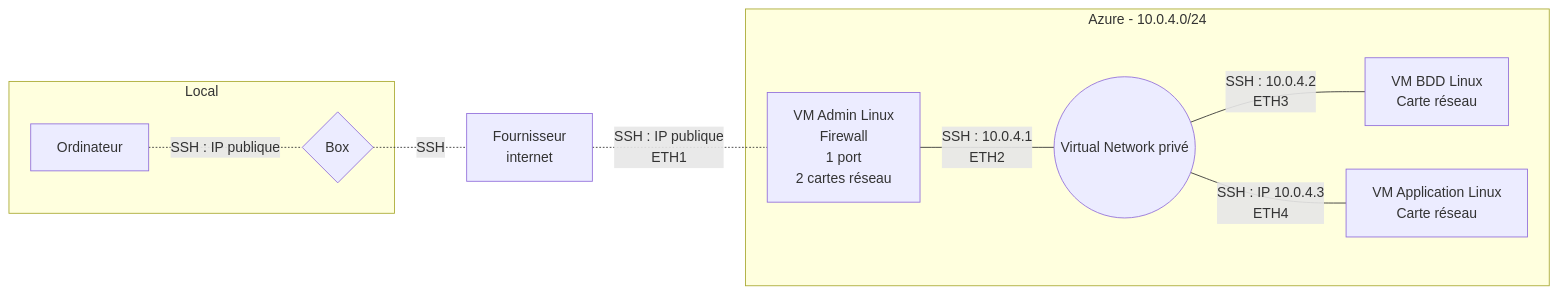
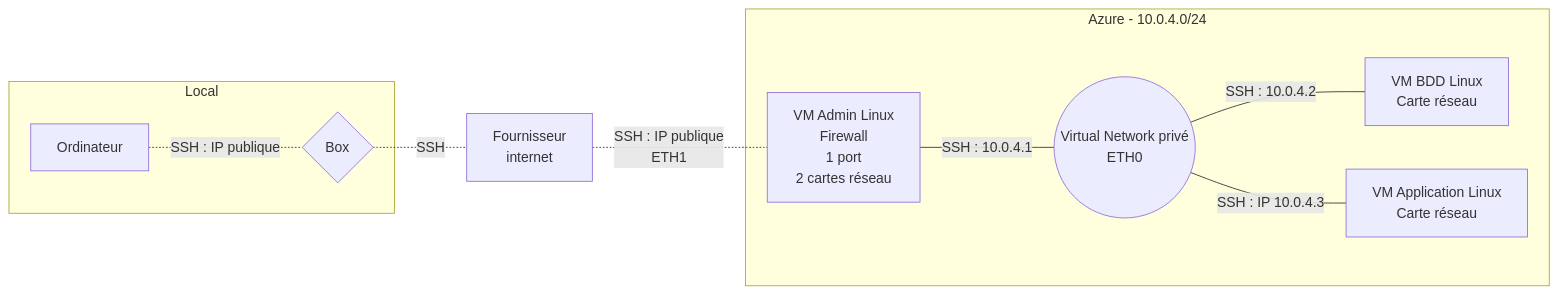
The diagram in Brouillon.md (simplon-ThomasJulian/Brief2_Groupe4), drawn with Mermaid before and after one commit.

````diff
--- a/Brouillon.md
+++ b/Brouillon.md
@@ -1,13 +1,13 @@
 ```mermaid
 flowchart LR
     subgraph Local
     Ordinateur[Ordinateur] -.-|SSH : IP publique| Box{Box}
     end
     Box -.-|SSH| Internet[Fournisseur <br /> internet]
     Internet -.-|SSH : IP publique <br /> ETH1| VMAdmin[VM Admin Linux <br /> Firewall <br /> 1 port <br /> 2 cartes réseau]
     subgraph Azure - 10.0.4.0/24
-    VMAdmin ---|SSH : 10.0.4.1 <br /> ETH2| VN((Virtual Network privé))
-    VN ---|SSH : 10.0.4.2 <br /> ETH3| BDD[VM BDD Linux <br /> Carte réseau]
-    VN ---|SSH : IP 10.0.4.3 <br /> ETH4| Appli[VM Application Linux <br /> Carte réseau]
+    VMAdmin ---|SSH : 10.0.4.1| VN((Virtual Network privé <br /> ETH0))
+    VN ---|SSH : 10.0.4.2| BDD[VM BDD Linux <br /> Carte réseau]
+    VN ---|SSH : IP 10.0.4.3| Appli[VM Application Linux <br /> Carte réseau]
     end
 ```
````
